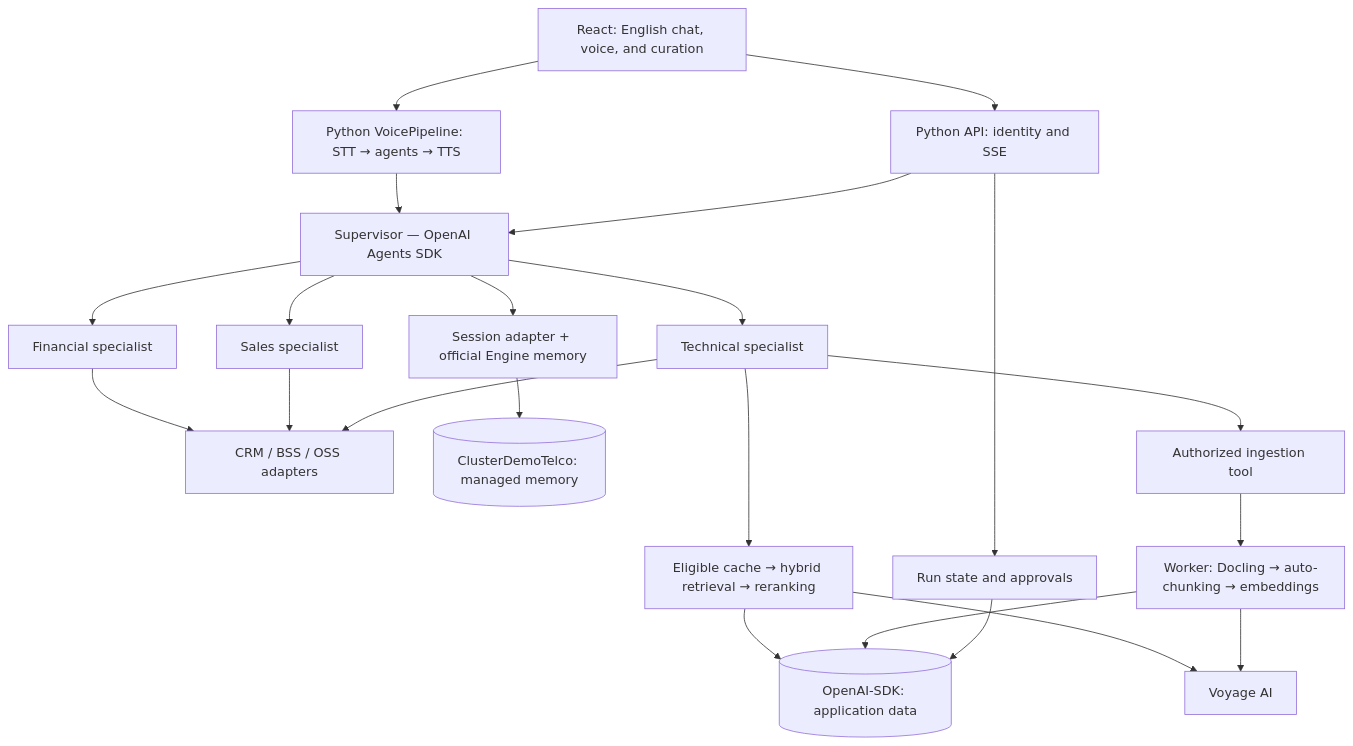
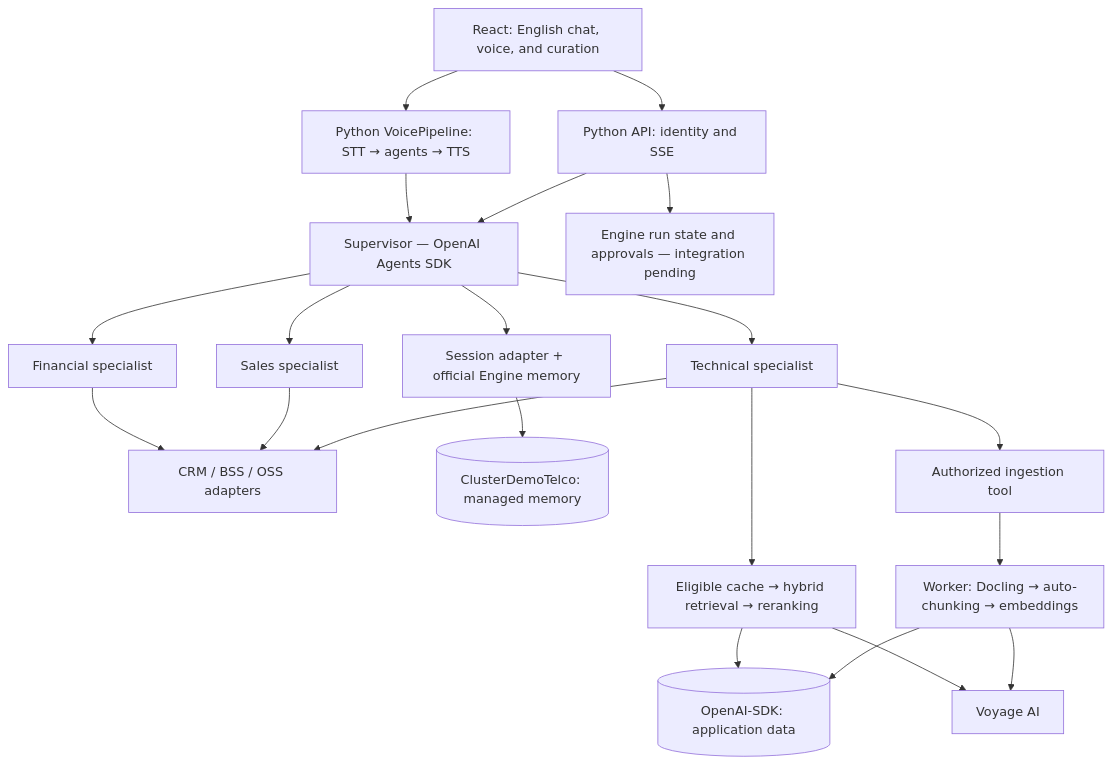
The diagram in initial_plan.md (vagnerpontesbr/mdb_agents_using_openai_agents_sdk), drawn with Mermaid before and after one commit. The commit also changed other lines of this file and 32 other files, not shown here.

````diff
--- a/initial_plan.md
+++ b/initial_plan.md
@@ -35,24 +37,23 @@
 ```mermaid
 flowchart TD
     UI[React: English chat, voice, and curation] --> API[Python API: identity and SSE]
     UI --> VOICE[Python VoicePipeline: STT → agents → TTS]
     VOICE --> SUP
     API --> SUP[Supervisor — OpenAI Agents SDK]
     SUP --> FIN[Financial specialist]
     SUP --> TEC[Technical specialist]
     SUP --> SALES[Sales specialist]
     FIN --> BIZ[CRM / BSS / OSS adapters]
     SALES --> BIZ
     TEC --> BIZ
     SUP --> MEM[Session adapter + official Engine memory]
     MEM --> MEMDB[(ClusterDemoTelco: managed memory)]
     TEC --> RAG[Eligible cache → hybrid retrieval → reranking]
     RAG --> DB[(OpenAI-SDK: application data)]
     RAG --> VOY[Voyage AI]
     TEC --> JOB[Authorized ingestion tool]
     JOB --> WORK[Worker: Docling → auto-chunking → embeddings]
     WORK --> VOY
     WORK --> DB
-    API --> STATE[Run state and approvals]
-    STATE --> DB
+    API --> STATE[Engine run state and approvals — integration pending]
 ```
````
